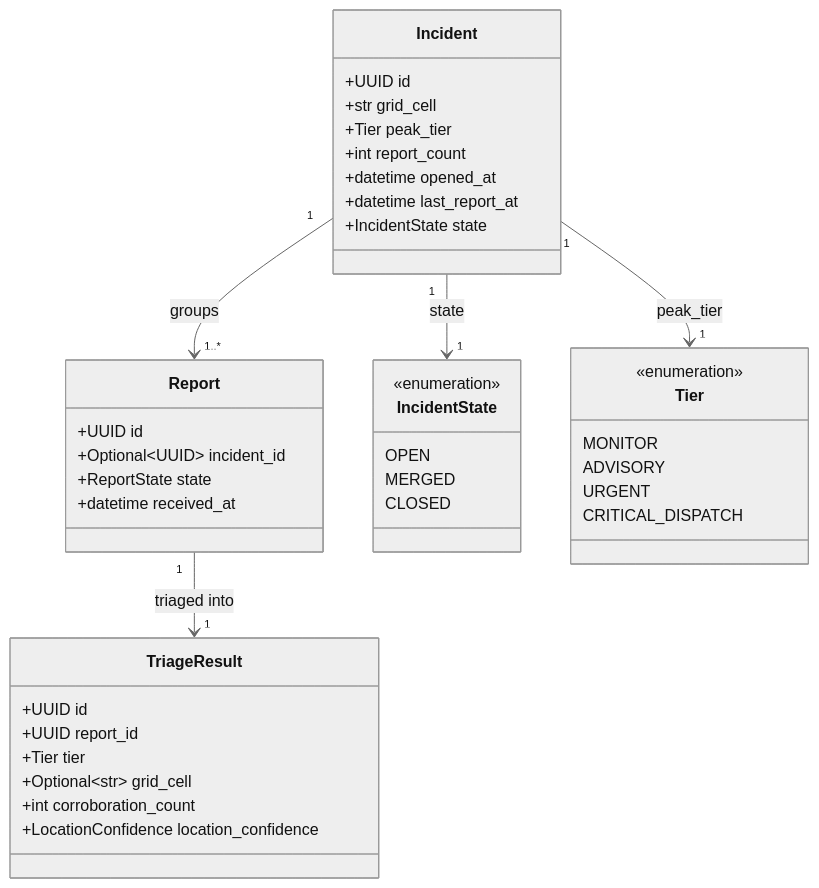
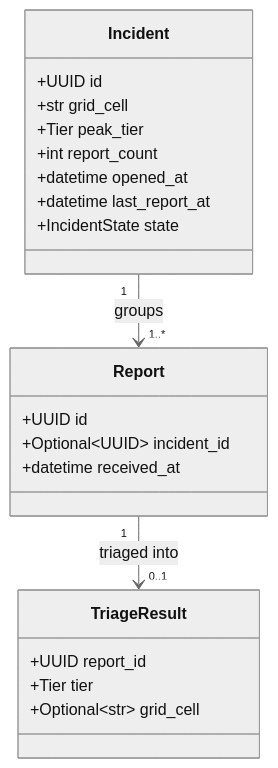
The first of 3 diagrams in docs/design/verification.md (Katlego-tech/Grid-Lock), drawn with Mermaid (neutral theme) before and after one commit. The commit also changed other lines of this file and 4 other files, not shown here.

````diff
--- a/docs/design/verification.md
+++ b/docs/design/verification.md
@@ -41,48 +36,27 @@
 ```mermaid
 classDiagram
     class Incident {
         +UUID id
         +str grid_cell
         +Tier peak_tier
         +int report_count
         +datetime opened_at
         +datetime last_report_at
         +IncidentState state
     }
 
     class Report {
         +UUID id
         +Optional~UUID~ incident_id
-        +ReportState state
         +datetime received_at
     }
 
     class TriageResult {
-        +UUID id
         +UUID report_id
         +Tier tier
         +Optional~str~ grid_cell
-        +int corroboration_count
-        +LocationConfidence location_confidence
-    }
-
-    class IncidentState {
-        <<enumeration>>
-        OPEN
-        MERGED
-        CLOSED
-    }
-
-    class Tier {
-        <<enumeration>>
-        MONITOR
-        ADVISORY
-        URGENT
-        CRITICAL_DISPATCH
     }
 
     Incident "1" --> "1..*" Report : groups
-    Incident "1" --> "1" IncidentState : state
-    Incident "1" --> "1" Tier : peak_tier
-    Report "1" --> "1" TriageResult : triaged into
+    Report "1" --> "0..1" TriageResult : triaged into
 ```
````
